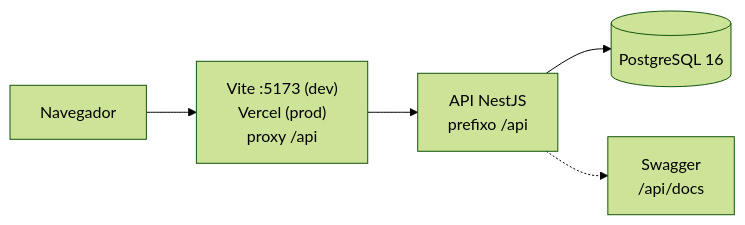
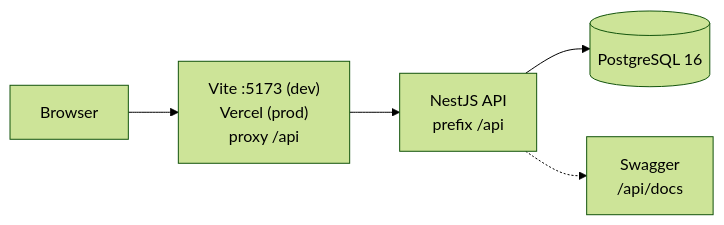
One commit to Dudu-Brancalhao/AgroHub changed the diagram in README.md. Above: the diagram before and after it, drawn with Mermaid (forest theme). The commit also changed other lines of this file and 2 other files, not shown here.

````diff
--- a/README.md
+++ b/README.md
@@ -39,7 +60,7 @@
 ```mermaid
 flowchart LR
-    B["Navegador"] --> V["Vite :5173 (dev)<br/>Vercel (prod)<br/>proxy /api"]
-    V --> A["API NestJS<br/>prefixo /api"]
+    B["Browser"] --> V["Vite :5173 (dev)<br/>Vercel (prod)<br/>proxy /api"]
+    V --> A["NestJS API<br/>prefix /api"]
     A --> D[("PostgreSQL 16")]
     A -.-> S["Swagger<br/>/api/docs"]
 ```
````
